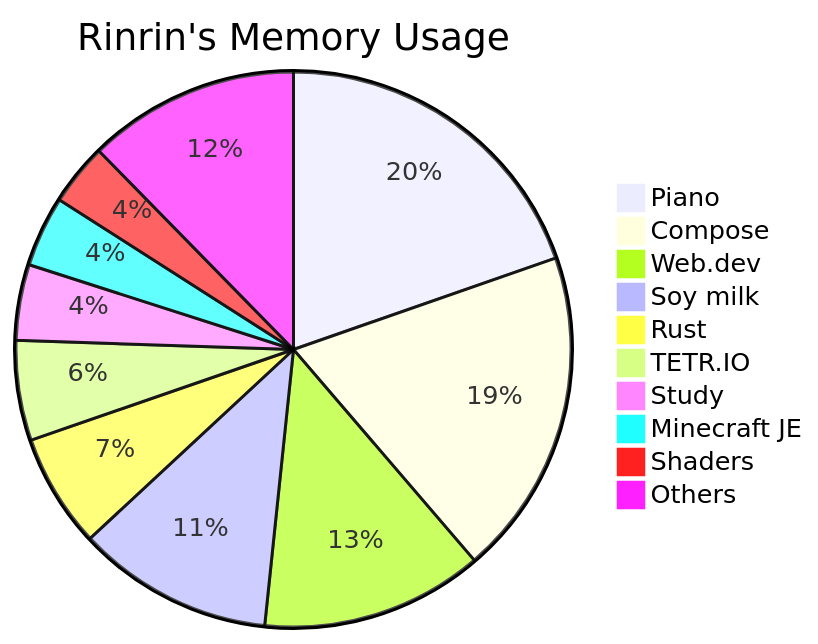
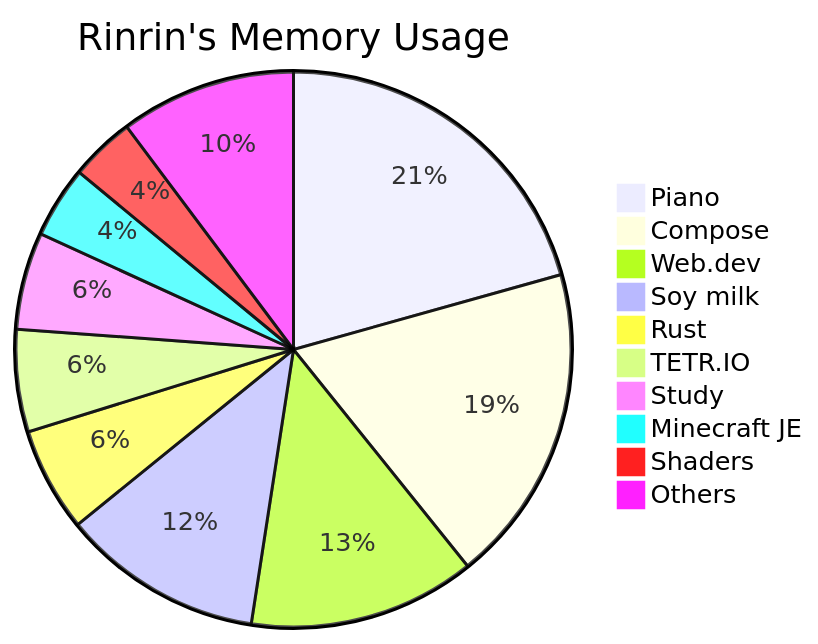
Before and after one commit to Rinrin0413/Rinrin0413: the diagram in README.md, drawn with Mermaid.

Commit message:
🛠 Update: Rinrin's Memory Usage

````diff
--- a/README.md
+++ b/README.md
@@ -76,13 +76,13 @@
 ```mermaid
 pie title Rinrin's Memory Usage
-    "Piano": 196
-    "Compose": 190
-    "Web.dev": 129
-    "Soy milk": 114
-    "Rust": 66
-    "TETR.IO": 58
-    "Study": 44
-    "Minecraft JE": 41
-    "Shaders": 36
-    "Others": 123
+    "Piano": 208
+    "Compose": 187
+    "Web.dev": 133
+    "Soy milk": 118
+    "Rust": 61
+    "TETR.IO": 60
+    "Study": 57
+    "Minecraft JE": 42
+    "Shaders": 38
+    "Others": 103
 ```
````
